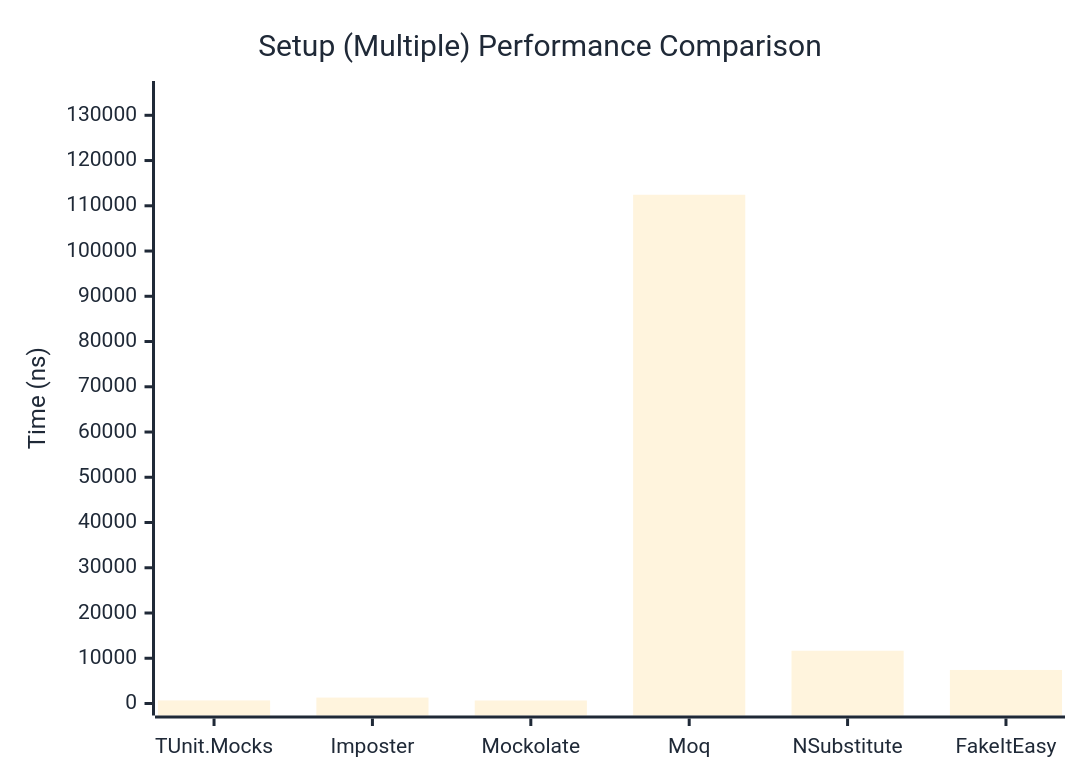
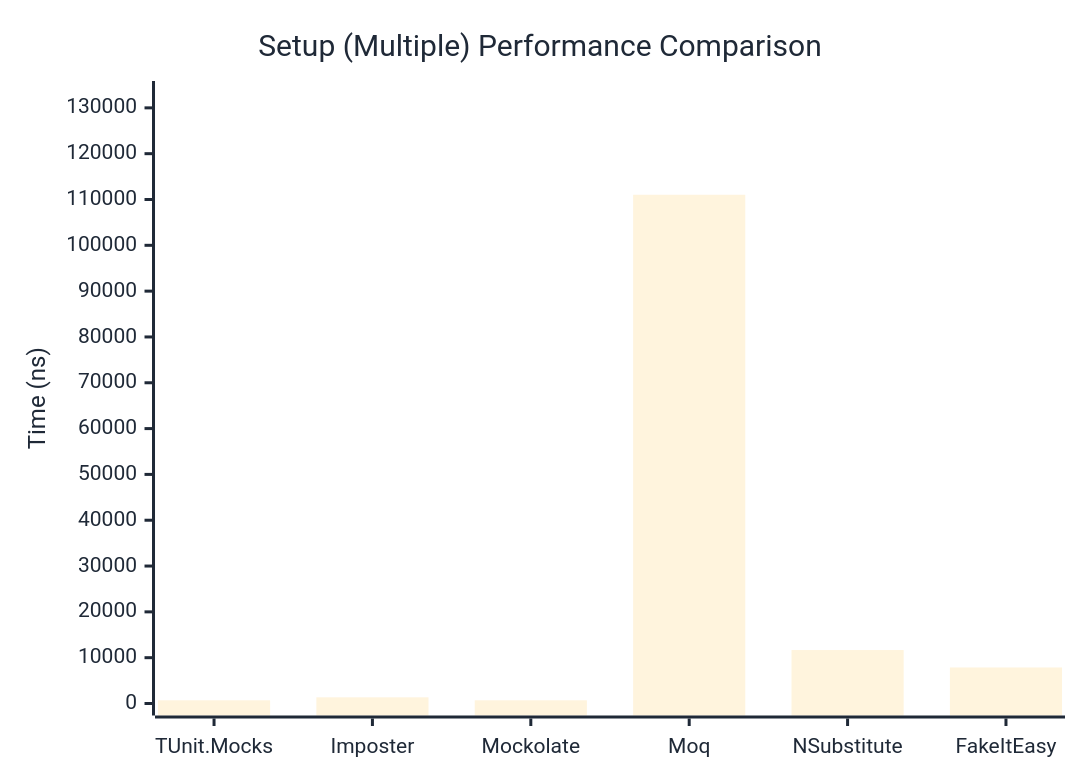
The second of 2 diagrams in docs/docs/benchmarks/mocks/Setup.md (thomhurst/TUnit), drawn with Mermaid before and after one commit. The commit also changed other lines of this file and 13 other files, not shown here.

````diff
--- a/docs/docs/benchmarks/mocks/Setup.md
+++ b/docs/docs/benchmarks/mocks/Setup.md
@@ -69,27 +69,27 @@
 ```mermaid
 %%{init: {
   'theme':'base',
   'themeVariables': {
     'primaryColor': '#2563eb',
     'primaryTextColor': '#1f2937',
     'primaryBorderColor': '#1e40af',
     'lineColor': '#6b7280',
     'secondaryColor': '#7c3aed',
     'tertiaryColor': '#dc2626',
     'background': '#ffffff',
     'pie1': '#2563eb',
     'pie2': '#7c3aed',
     'pie3': '#dc2626',
     'pie4': '#f59e0b',
     'pie5': '#10b981',
     'pie6': '#06b6d4',
     'pie7': '#ec4899',
     'pie8': '#6366f1'
   }
 }}%%
 xychart-beta
   title "Setup (Multiple) Performance Comparison"
   x-axis ["TUnit.Mocks", "Imposter", "Mockolate", "Moq", "NSubstitute", "FakeItEasy"]
-  y-axis "Time (ns)" 0 --> 134928
-  bar [681.9, 1306.9, 663.5, 112440, 11663.3, 7415.3]
+  y-axis "Time (ns)" 0 --> 133243
+  bar [696.3, 1345.8, 696.3, 111035.7, 11663.6, 7863.1]
 ```
````
